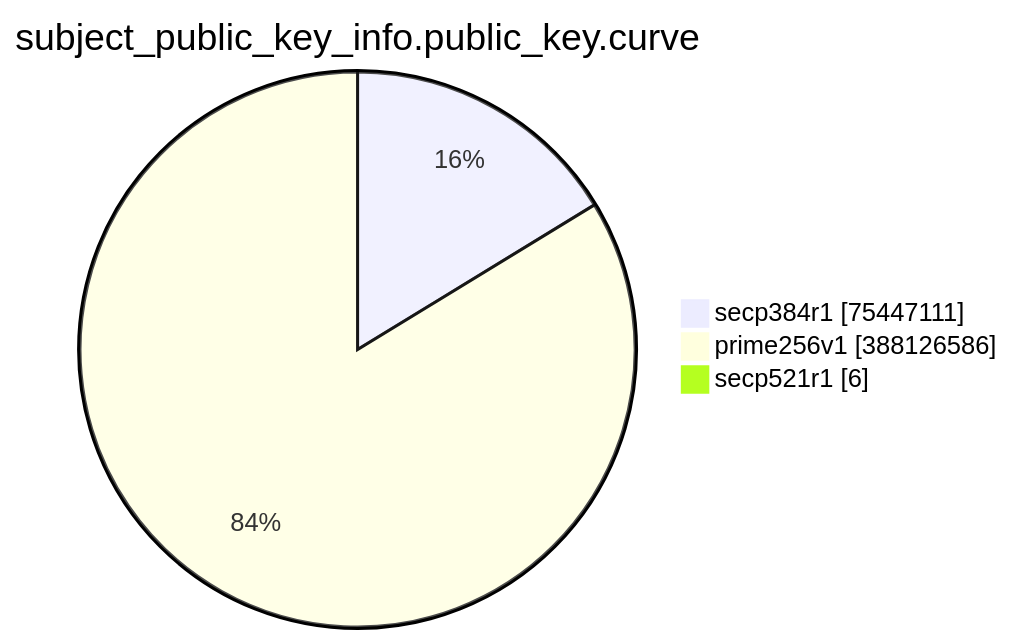
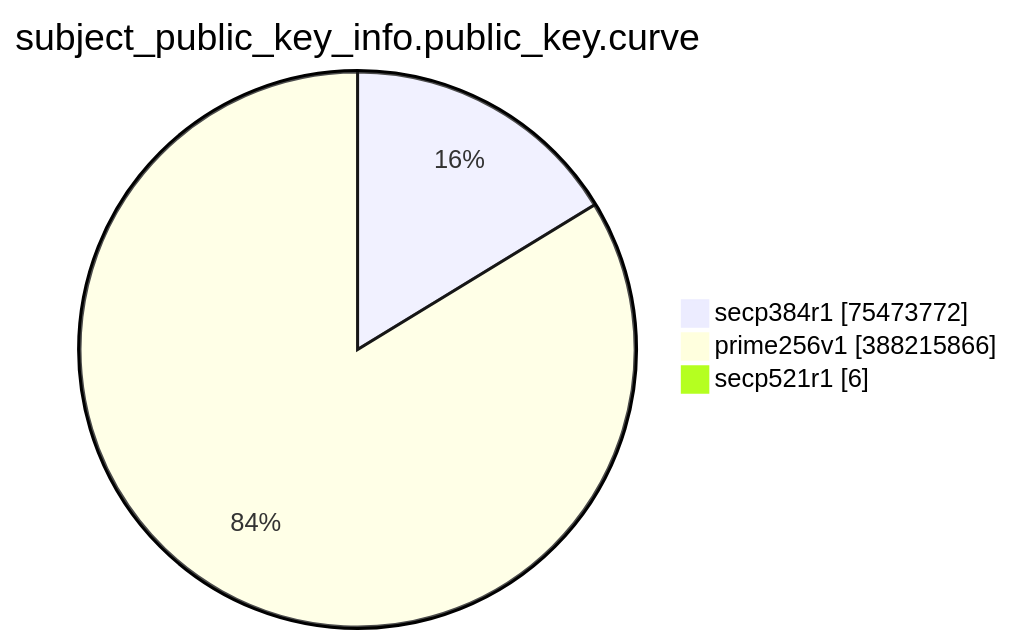
One commit to christiankrug/ctmonitor_visualization changed the eighth of 15 diagrams in TOTAL/README.md. Above: the diagram before and after it, drawn with Mermaid. The commit also changed other lines of this file, not shown here.

````diff
--- a/TOTAL/README.md
+++ b/TOTAL/README.md
@@ -3094,7 +3094,7 @@
 ```mermaid
 pie showData
 title subject_public_key_info.public_key.curve
-"secp384r1" :75447111
-"prime256v1" :388126586
+"secp384r1" :75473772
+"prime256v1" :388215866
 "secp521r1" :6
 ```
````
